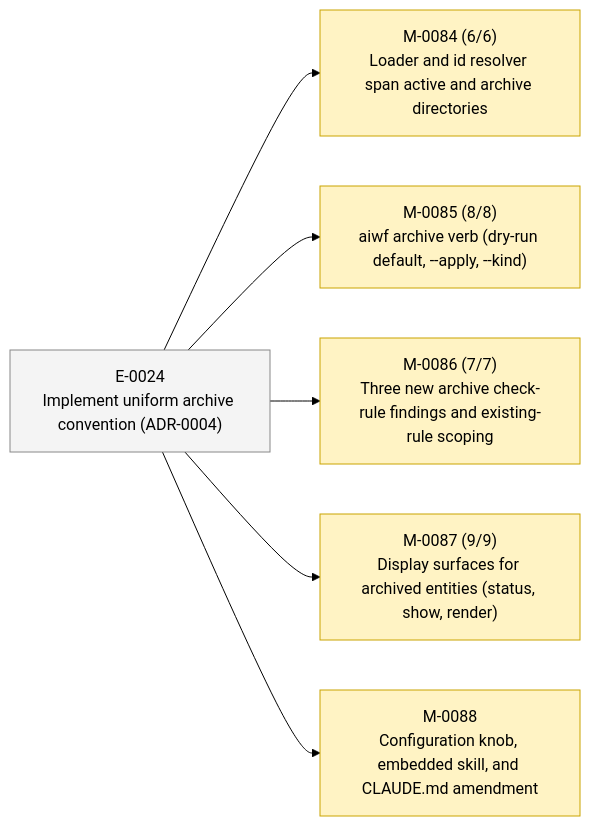
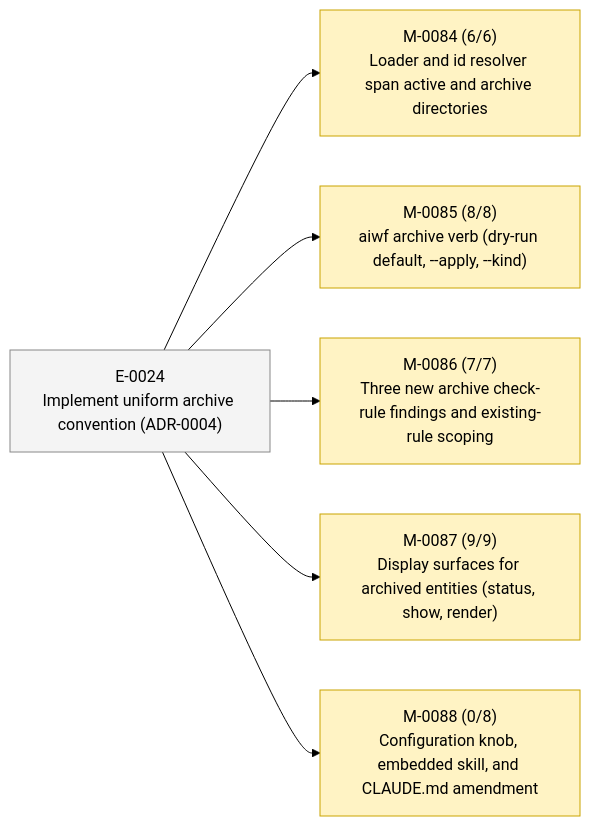
Before and after one commit to 23min/aiwf: the second of 2 diagrams in STATUS.md, drawn with Mermaid (forest theme). The commit also changed other lines of this file and 1 other file, not shown here.

````diff
--- a/STATUS.md
+++ b/STATUS.md
@@ -49,20 +49,20 @@
 ```mermaid
 flowchart LR
   E_0024["E-0024<br/>Implement uniform archive convention (ADR-0004)"]:::epic_proposed
   M_0084["M-0084 (6/6)<br/>Loader and id resolver span active and archive directories"]:::ms_in_progress
   E_0024 --> M_0084
   M_0085["M-0085 (8/8)<br/>aiwf archive verb (dry-run default, --apply, --kind)"]:::ms_in_progress
   E_0024 --> M_0085
   M_0086["M-0086 (7/7)<br/>Three new archive check-rule findings and existing-rule scoping"]:::ms_in_progress
   E_0024 --> M_0086
   M_0087["M-0087 (9/9)<br/>Display surfaces for archived entities (status, show, render)"]:::ms_in_progress
   E_0024 --> M_0087
-  M_0088["M-0088<br/>Configuration knob, embedded skill, and CLAUDE.md amendment"]:::ms_in_progress
+  M_0088["M-0088 (0/8)<br/>Configuration knob, embedded skill, and CLAUDE.md amendment"]:::ms_in_progress
   E_0024 --> M_0088
   classDef epic_active fill:#d6eaff,stroke:#1a73e8,color:#000
   classDef epic_proposed fill:#f4f4f4,stroke:#888,color:#000
   classDef ms_done fill:#d8f5d8,stroke:#2a8a2a,color:#000
   classDef ms_in_progress fill:#fff3c4,stroke:#caa400,color:#000
   classDef ms_draft fill:#f4f4f4,stroke:#888,color:#000
   classDef ms_cancelled fill:#fbeaea,stroke:#c33,color:#000
 ```
````
